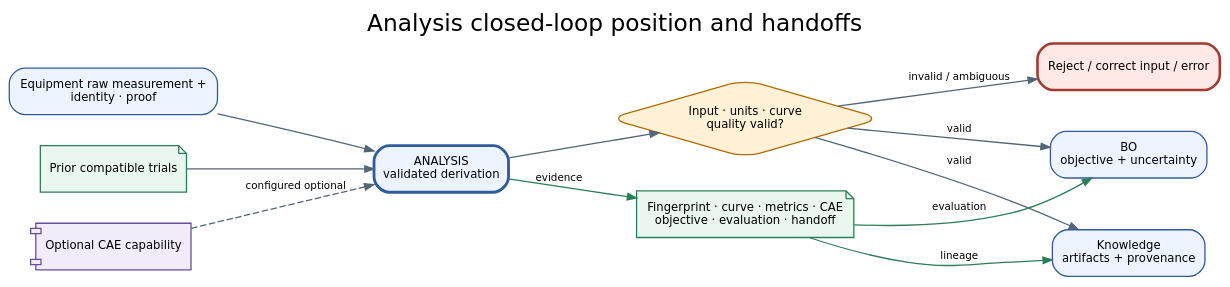
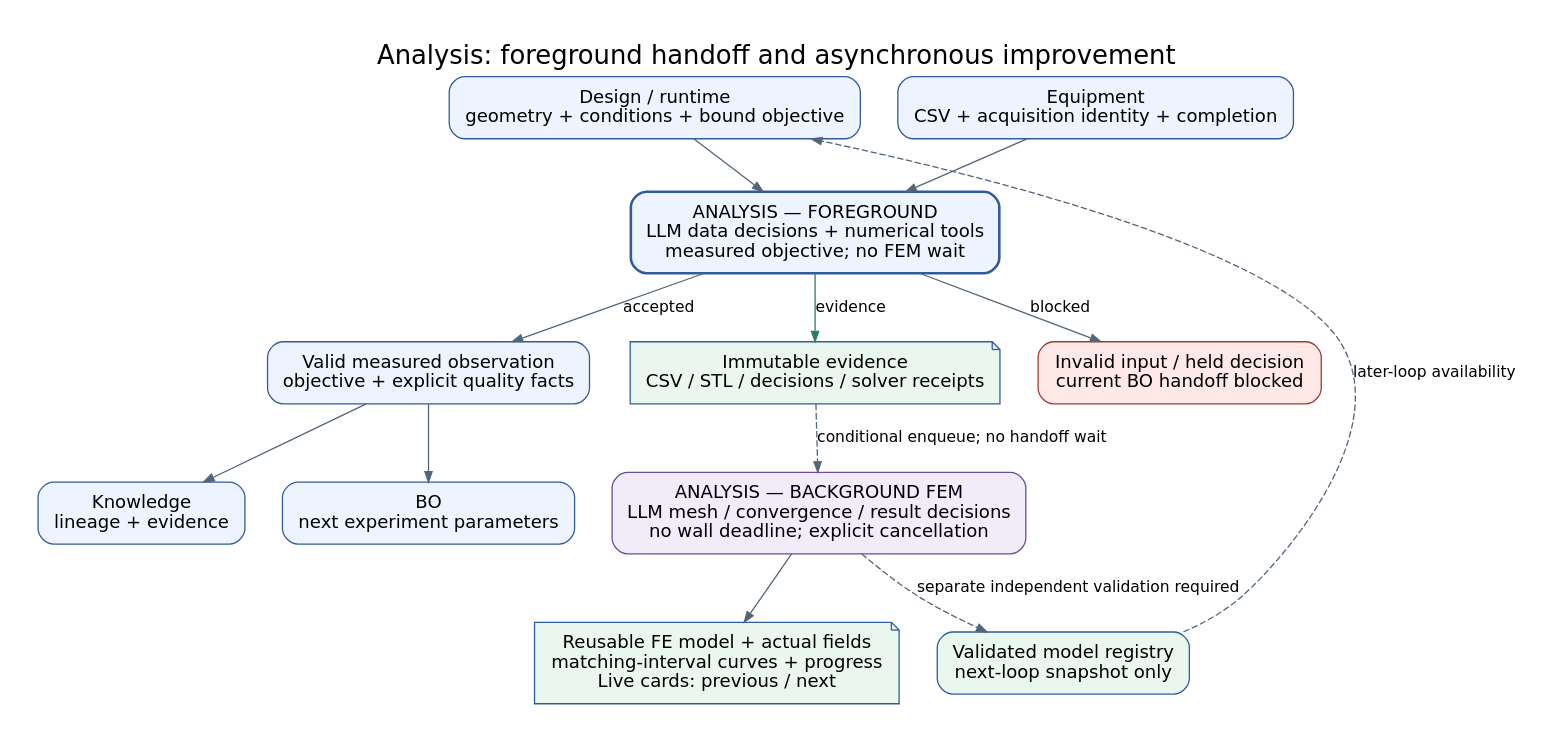
Before and after one commit to JIN9811/autonomous_researcher: the diagram in docs/agents/assets/figures/analysis_01_closed_loop_handoffs.dot, drawn with Graphviz. The commit also changed 94 other files, not shown here.

First line of the commit message:
feat(analysis): add agentic background FEM and reusable model evidence

```diff
--- a/docs/agents/assets/figures/analysis_01_closed_loop_handoffs.dot
+++ b/docs/agents/assets/figures/analysis_01_closed_loop_handoffs.dot
@@ -1,24 +1,29 @@
 digraph analysis_closed_loop_handoffs {
-  graph [rankdir=LR, bgcolor="transparent", pad="0.25", nodesep="0.34", ranksep="0.55", fontname="DejaVu Sans", label="Analysis closed-loop position and handoffs", labelloc="t", fontsize=18];
-  node [shape=box, style="rounded,filled", fillcolor="#EEF4FF", color="#315C9B", fontname="DejaVu Sans", fontsize=9, margin="0.10,0.07"];
-  edge [color="#52667A", fontname="DejaVu Sans", fontsize=8, arrowsize=0.7];
-  equipment [label="Equipment raw measurement +\nidentity · proof"];
-  prior [label="Prior compatible trials", shape=note, fillcolor="#E9F7EF", color="#2E7D59"];
-  cae [label="Optional CAE capability", shape=component, fillcolor="#F2ECFA", color="#6B4C9A"];
-  analysis [label="ANALYSIS\nvalidated derivation", penwidth=2.2];
-  quality [label="Input · units · curve\nquality valid?", shape=diamond, fillcolor="#FFF1D6", color="#B26A00"];
-  knowledge [label="Knowledge\nartifacts + provenance"];
-  bo [label="BO\nobjective + uncertainty"];
-  reject [label="Reject / correct input / error", fillcolor="#FFE9E7", color="#A33A32", penwidth=2];
-  evidence [label="Fingerprint · curve · metrics · CAE\nobjective · evaluation · handoff", shape=note, fillcolor="#E9F7EF", color="#2E7D59"];
+  graph [rankdir=TB, bgcolor="white", pad="0.3", nodesep="0.4", ranksep="0.55", fontname="DejaVu Sans", label="Analysis: foreground handoff and asynchronous improvement", labelloc=t, fontsize=20];
+  node [shape=box, style="rounded,filled", fillcolor="#EEF4FF", color="#315C9B", fontname="DejaVu Sans", fontsize=14, margin="0.18,0.12"];
+  edge [color="#52667A", fontname="DejaVu Sans", fontsize=12, arrowsize=0.8];
+  design [label="Design / runtime\ngeometry + conditions + bound objective"];
+  equipment [label="Equipment\nCSV + acquisition identity + completion"];
+  analysis [label="ANALYSIS — FOREGROUND\nLLM data decisions + numerical tools\nmeasured objective; no FEM wait", penwidth=2];
+  output [label="Valid measured observation\nobjective + explicit quality facts"];
+  knowledge [label="Knowledge\nlineage + evidence"];
+  bo [label="BO\nnext experiment parameters"];
+  archive [label="Immutable evidence\nCSV / STL / decisions / solver receipts",shape=note,fillcolor="#E9F7EF"];
+  worker [label="ANALYSIS — BACKGROUND FEM\nLLM mesh / convergence / result decisions\nno wall deadline; explicit cancellation",fillcolor="#F2ECFA",color="#6B4C9A"];
+  outputs [label="Reusable FE model + actual fields\nmatching-interval curves + progress\nLive cards: previous / next",shape=note,fillcolor="#E9F7EF"];
+  registry [label="Validated model registry\nnext-loop snapshot only",fillcolor="#E9F7EF"];
+  hold [label="Invalid input / held decision\ncurrent BO handoff blocked",fillcolor="#FFE9E7",color="#A33A32"];
+  {rank=same; design; equipment;}
+  {rank=same; knowledge; bo;}
+  design -> analysis;
   equipment -> analysis;
-  prior -> analysis;
-  cae -> analysis [style=dashed, label="configured optional"];
-  analysis -> quality;
-  quality -> knowledge [label="valid"];
-  quality -> bo [label="valid"];
-  quality -> reject [label="invalid / ambiguous"];
-  analysis -> evidence [label="evidence", color="#2E7D59"];
-  evidence -> knowledge [label="lineage", color="#2E7D59"];
-  evidence -> bo [label="evaluation", color="#2E7D59"];
+  analysis -> output [label="accepted"];
+  analysis -> hold [label="blocked"];
+  output -> knowledge;
+  output -> bo;
+  analysis -> archive [label="evidence",color="#2E7D59"];
+  archive -> worker [style=dashed,label="conditional enqueue; no handoff wait"];
+  worker -> outputs;
+  worker -> registry [style=dashed,label="separate independent validation required"];
+  registry -> design [style=dashed,label="later-loop availability",constraint=false];
 }
```
